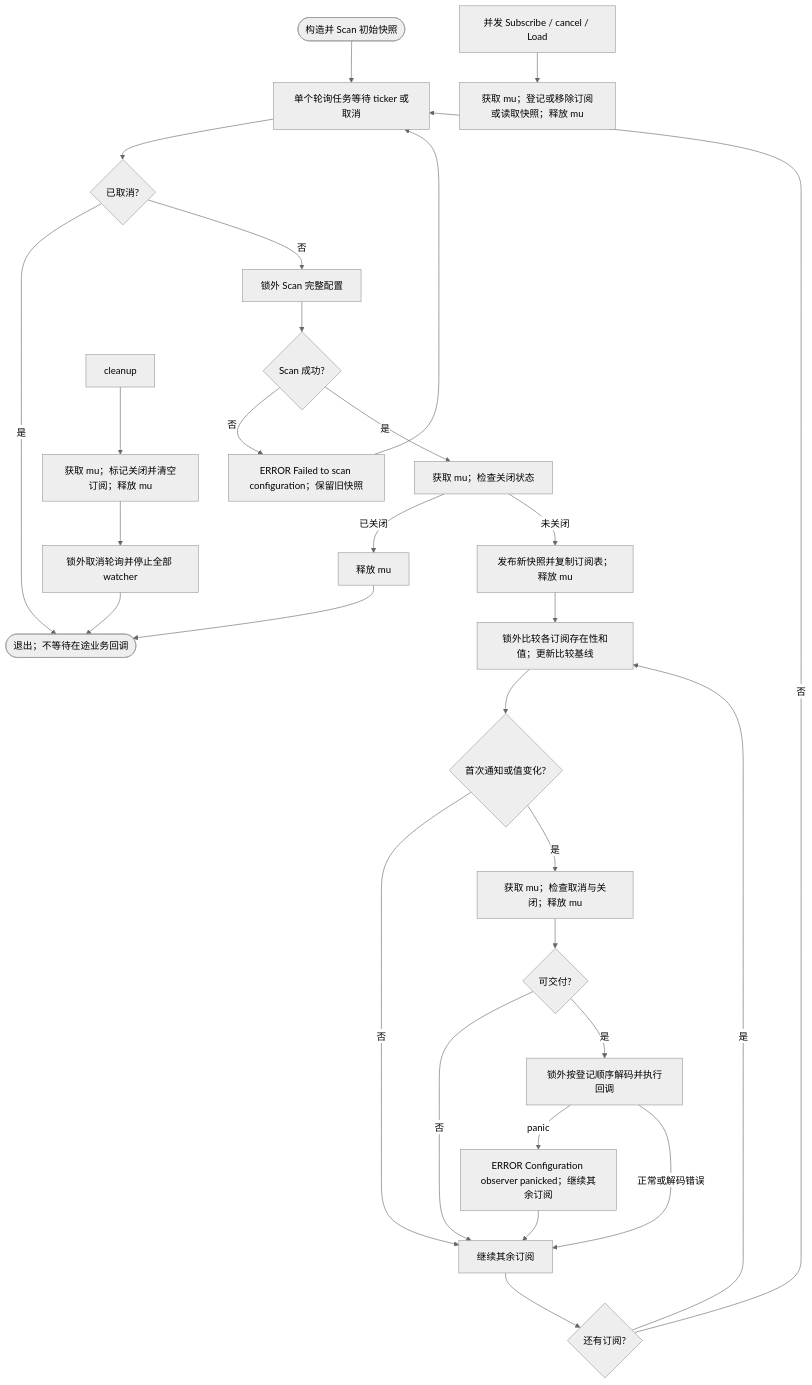
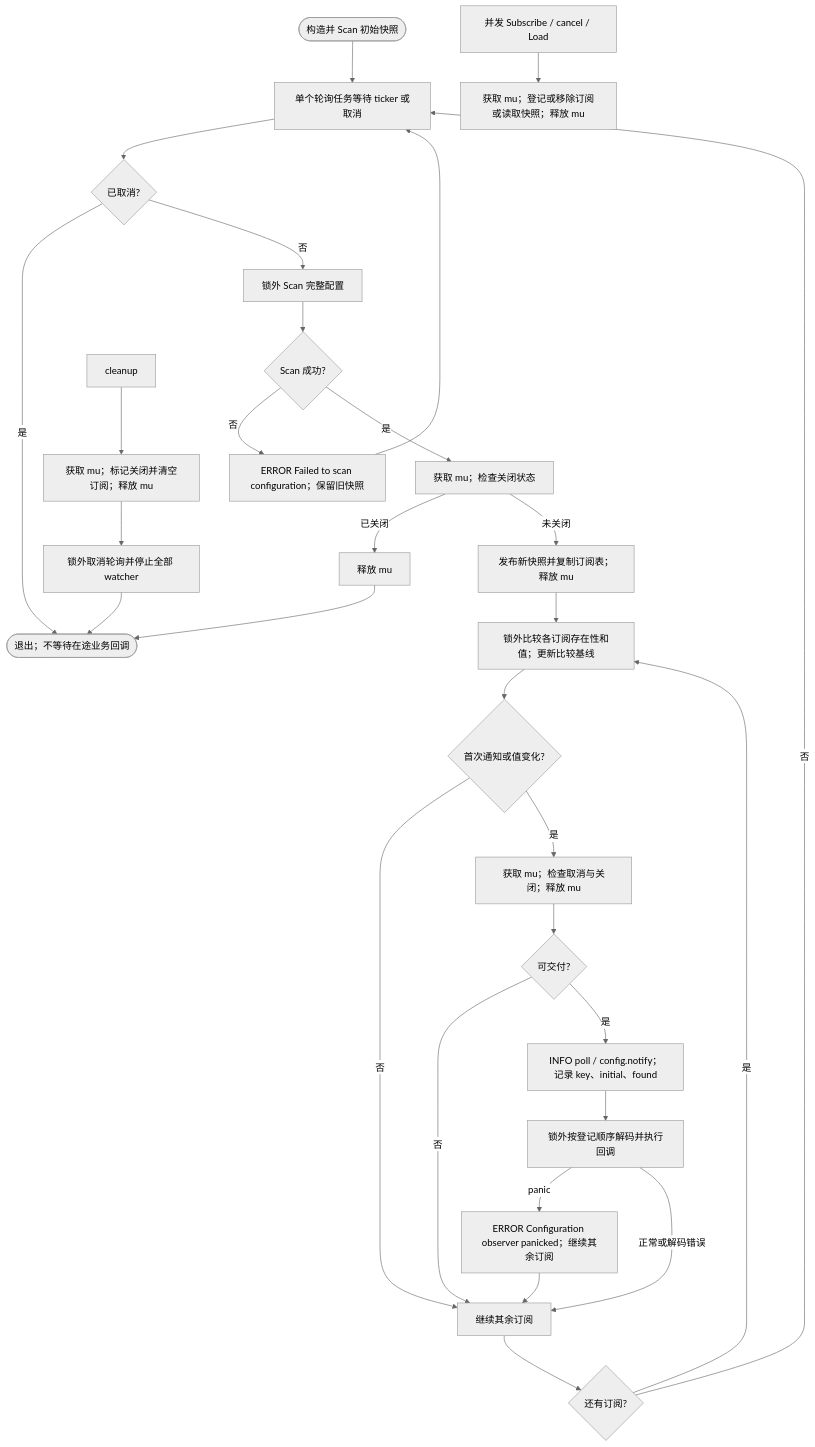
The second of 3 diagrams in pkg/config/README.md (jaggerzhuang1994/kratos-foundation), drawn with Mermaid (neutral theme) before and after one commit. The commit also changed other lines of this file and 2 other files, not shown here.

Commit message:
feat(config): 为订阅热更新添加 Info 日志

````diff
--- a/pkg/config/README.md
+++ b/pkg/config/README.md
@@ -126,31 +128,32 @@
 ```mermaid
 flowchart TD
  A([构造并 Scan 初始快照]) --> B[单个轮询任务等待 ticker 或取消]
  B --> C{已取消?}
  C -- 是 --> Z([退出；不等待在途业务回调])
  C -- 否 --> D[锁外 Scan 完整配置]
  D --> E{Scan 成功?}
  E -- 否 --> F[ERROR Failed to scan configuration；保留旧快照]
  F --> B
  E -- 是 --> G[获取 mu；检查关闭状态]
  G -- 已关闭 --> G1[释放 mu]
  G1 --> Z
  G -- 未关闭 --> H[发布新快照并复制订阅表；释放 mu]
  H --> I[锁外比较各订阅存在性和值；更新比较基线]
  I --> J{首次通知或值变化?}
  J -- 否 --> O
  J -- 是 --> K[获取 mu；检查取消与关闭；释放 mu]
  K --> L{可交付?}
  L -- 否 --> O
- L -- 是 --> M[锁外按登记顺序解码并执行回调]
+ L -- 是 --> L1[INFO poll / config.notify；记录 key、initial、found]
+ L1 --> M[锁外按登记顺序解码并执行回调]
  M -- panic --> N[ERROR Configuration observer panicked；继续其余订阅]
  M -- 正常或解码错误 --> O[继续其余订阅]
  N --> O
  O --> U{还有订阅?}
  U -- 是 --> I
  U -- 否 --> B
  P[并发 Subscribe / cancel / Load] --> Q[获取 mu；登记或移除订阅或读取快照；释放 mu]
  R[cleanup] --> S[获取 mu；标记关闭并清空订阅；释放 mu]
  S --> T[锁外取消轮询并停止全部 watcher]
  T --> Z
 ```
````
